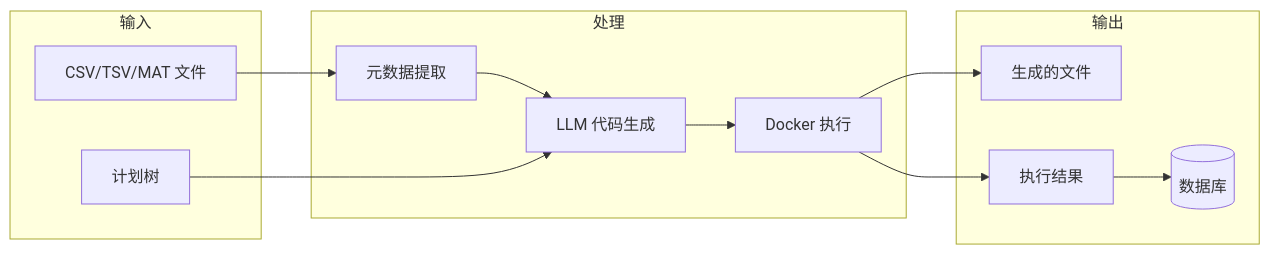
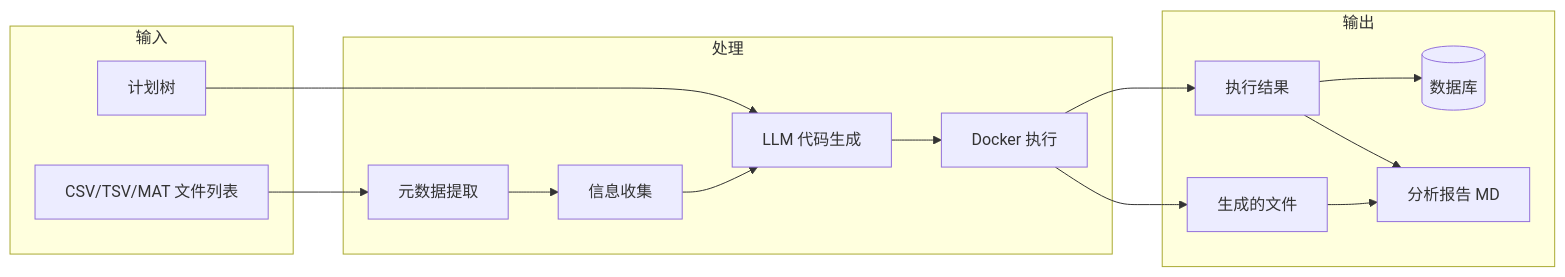
Before and after one commit to Org-GAgent/result-interpreter: the sixth of 6 diagrams in app/services/interpreter/docs/interpreter_workflow.md, drawn with Mermaid. The commit also changed other lines of this file and 19 other files, not shown here.

````diff
--- a/app/services/interpreter/docs/interpreter_workflow.md
+++ b/app/services/interpreter/docs/interpreter_workflow.md
@@ -186,27 +240,32 @@
 ```mermaid
 flowchart LR
     subgraph 输入
-        CSV[CSV/TSV/MAT 文件]
+        CSV[CSV/TSV/MAT 文件列表]
         Plan[计划树]
     end
 
     subgraph 处理
         Meta[元数据提取]
+        Info[信息收集]
         LLM[LLM 代码生成]
         Docker[Docker 执行]
     end
 
     subgraph 输出
         DB[(数据库)]
         Files[生成的文件]
+        Report[分析报告 MD]
         Result[执行结果]
     end
 
     CSV --> Meta
-    Meta --> LLM
+    Meta --> Info
+    Info --> LLM
     Plan --> LLM
     LLM --> Docker
     Docker --> Files
     Docker --> Result
     Result --> DB
+    Files --> Report
+    Result --> Report
 ```
````
